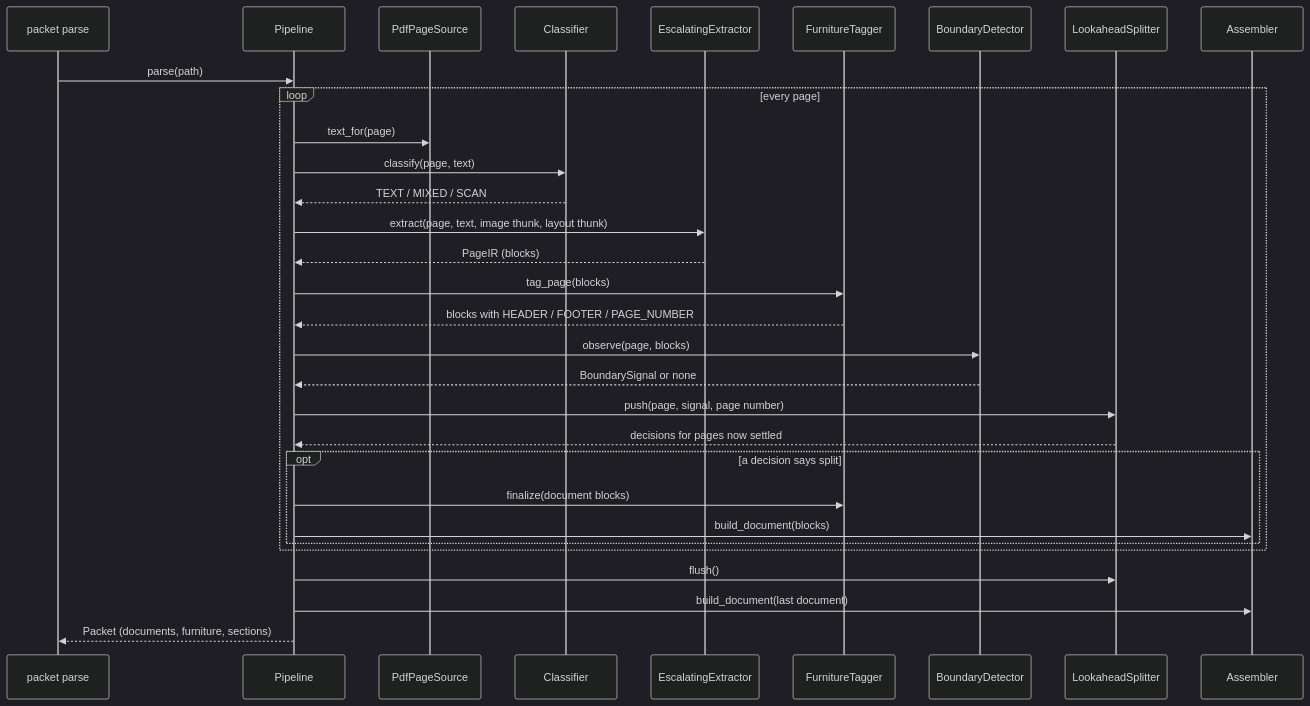
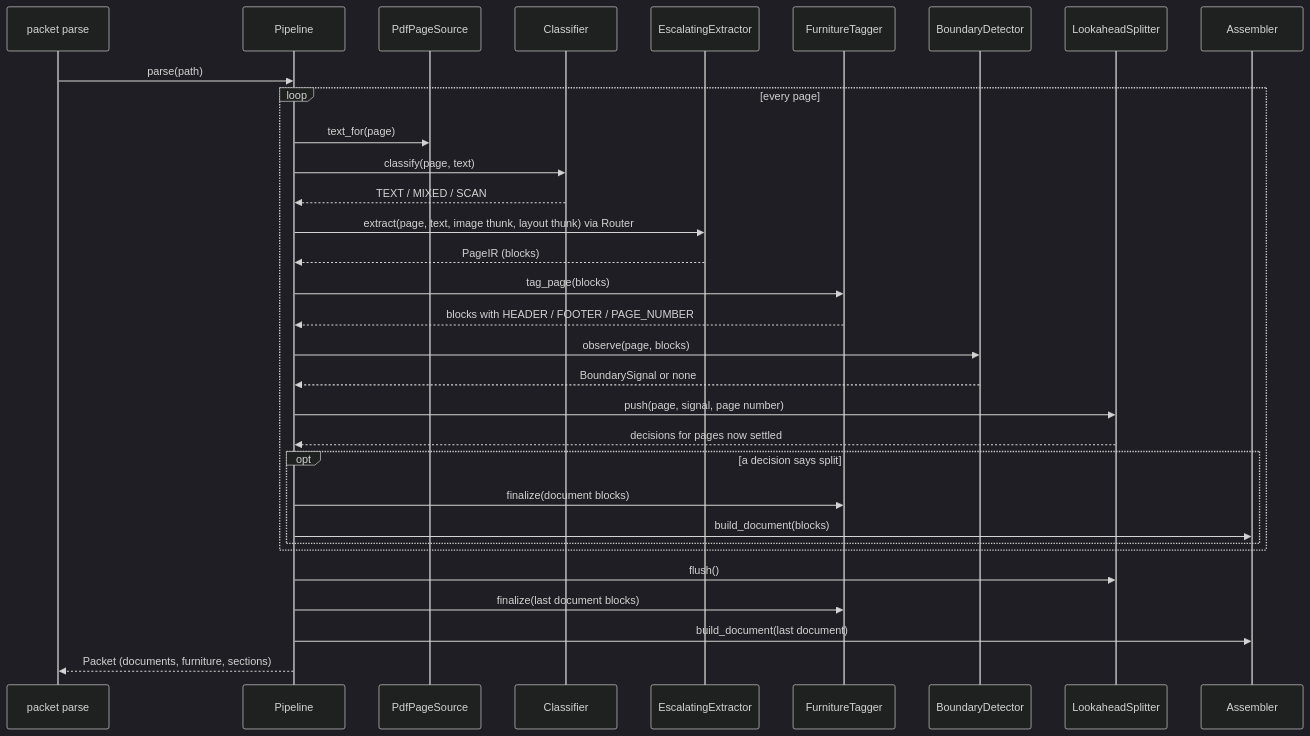
Before and after one commit to gman-robotics/packet: the second of 3 diagrams in README.md, drawn with Mermaid (dark theme). The commit also changed other lines of this file and 2 other files, not shown here.

````diff
--- a/README.md
+++ b/README.md
@@ -105,33 +108,34 @@
 ```mermaid
 sequenceDiagram
   participant CLI as packet parse
   participant P as Pipeline
   participant S as PdfPageSource
   participant C as Classifier
   participant X as EscalatingExtractor
   participant F as FurnitureTagger
   participant B as BoundaryDetector
   participant L as LookaheadSplitter
   participant A as Assembler
   CLI->>P: parse(path)
   loop every page
     P->>S: text_for(page)
     P->>C: classify(page, text)
     C-->>P: TEXT / MIXED / SCAN
-    P->>X: extract(page, text, image thunk, layout thunk)
+    P->>X: extract(page, text, image thunk, layout thunk) via Router
     X-->>P: PageIR (blocks)
     P->>F: tag_page(blocks)
     F-->>P: blocks with HEADER / FOOTER / PAGE_NUMBER
     P->>B: observe(page, blocks)
     B-->>P: BoundarySignal or none
     P->>L: push(page, signal, page number)
     L-->>P: decisions for pages now settled
     opt a decision says split
       P->>F: finalize(document blocks)
       P->>A: build_document(blocks)
     end
   end
   P->>L: flush()
+  P->>F: finalize(last document blocks)
   P->>A: build_document(last document)
   P-->>CLI: Packet (documents, furniture, sections)
 ```
````
